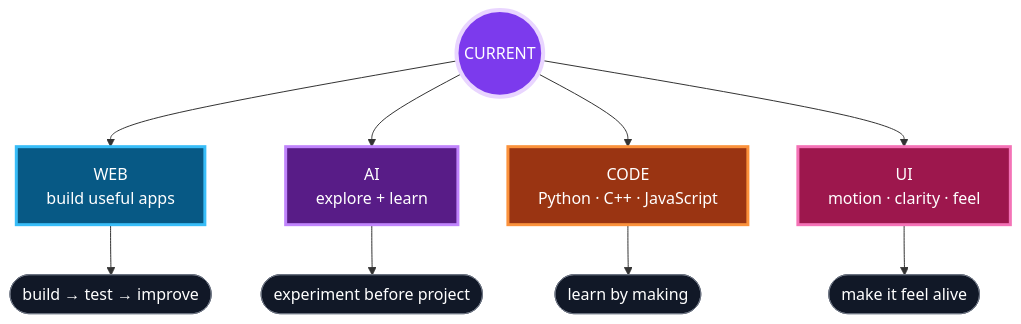
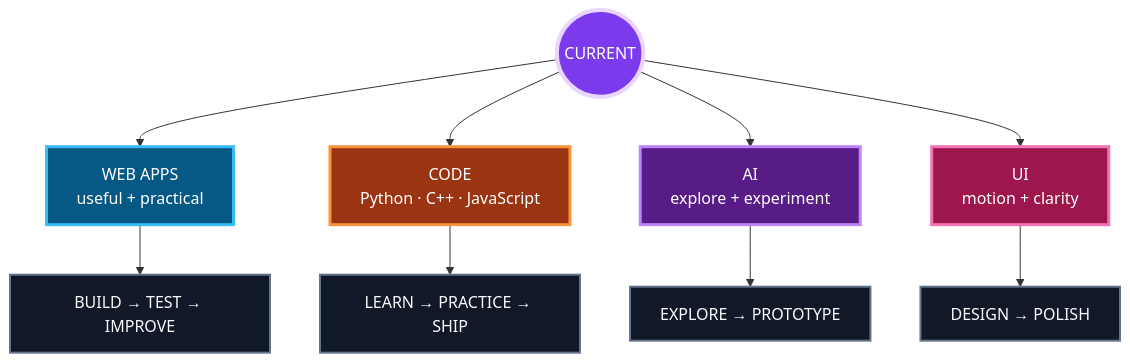
The second of 3 diagrams in README.md (alebaqinduni/alebaqinduni), drawn with Mermaid before and after one commit. The commit also changed other lines of this file, not shown here.

````diff
--- a/README.md
+++ b/README.md
@@ -162,18 +103,18 @@
 ```mermaid
 flowchart TB
     CORE((CURRENT)):::core
-    CORE --> WEB[WEB<br/>build useful apps]:::web
-    CORE --> AI[AI<br/>explore + learn]:::ai
+    CORE --> WEB[WEB APPS<br/>useful + practical]:::web
     CORE --> CODE[CODE<br/>Python · C++ · JavaScript]:::code
-    CORE --> UI[UI<br/>motion · clarity · feel]:::ui
-    WEB --> SHIP([build → test → improve]):::small
-    AI --> EXP([experiment before project]):::small
-    CODE --> PRACTICE([learn by making]):::small
-    UI --> DETAIL([make it feel alive]):::small
+    CORE --> AI[AI<br/>explore + experiment]:::ai
+    CORE --> UI[UI<br/>motion + clarity]:::ui
+    WEB --> W[BUILD → TEST → IMPROVE]:::small
+    CODE --> C[LEARN → PRACTICE → SHIP]:::small
+    AI --> A[EXPLORE → PROTOTYPE]:::small
+    UI --> U[DESIGN → POLISH]:::small
     classDef core fill:#7C3AED,stroke:#E9D5FF,color:#fff,stroke-width:4px;
     classDef web fill:#075985,stroke:#38BDF8,color:#fff,stroke-width:3px;
+    classDef code fill:#9A3412,stroke:#FB923C,color:#fff,stroke-width:3px;
     classDef ai fill:#581C87,stroke:#C084FC,color:#fff,stroke-width:3px;
-    classDef code fill:#9A3412,stroke:#FB923C,color:#fff,stroke-width:3px;
     classDef ui fill:#9D174D,stroke:#F472B6,color:#fff,stroke-width:3px;
-    classDef small fill:#111827,stroke:#6B7280,color:#fff;
+    classDef small fill:#111827,stroke:#64748B,color:#F8FAFC,stroke-width:2px;
 ```
````
